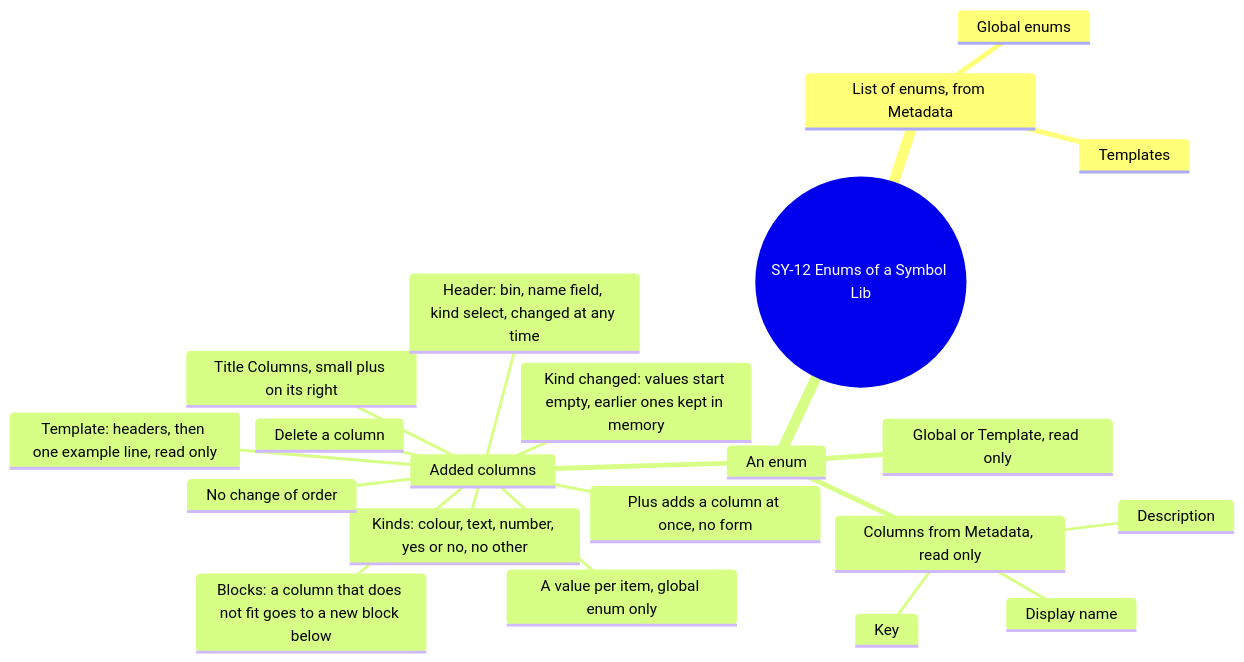
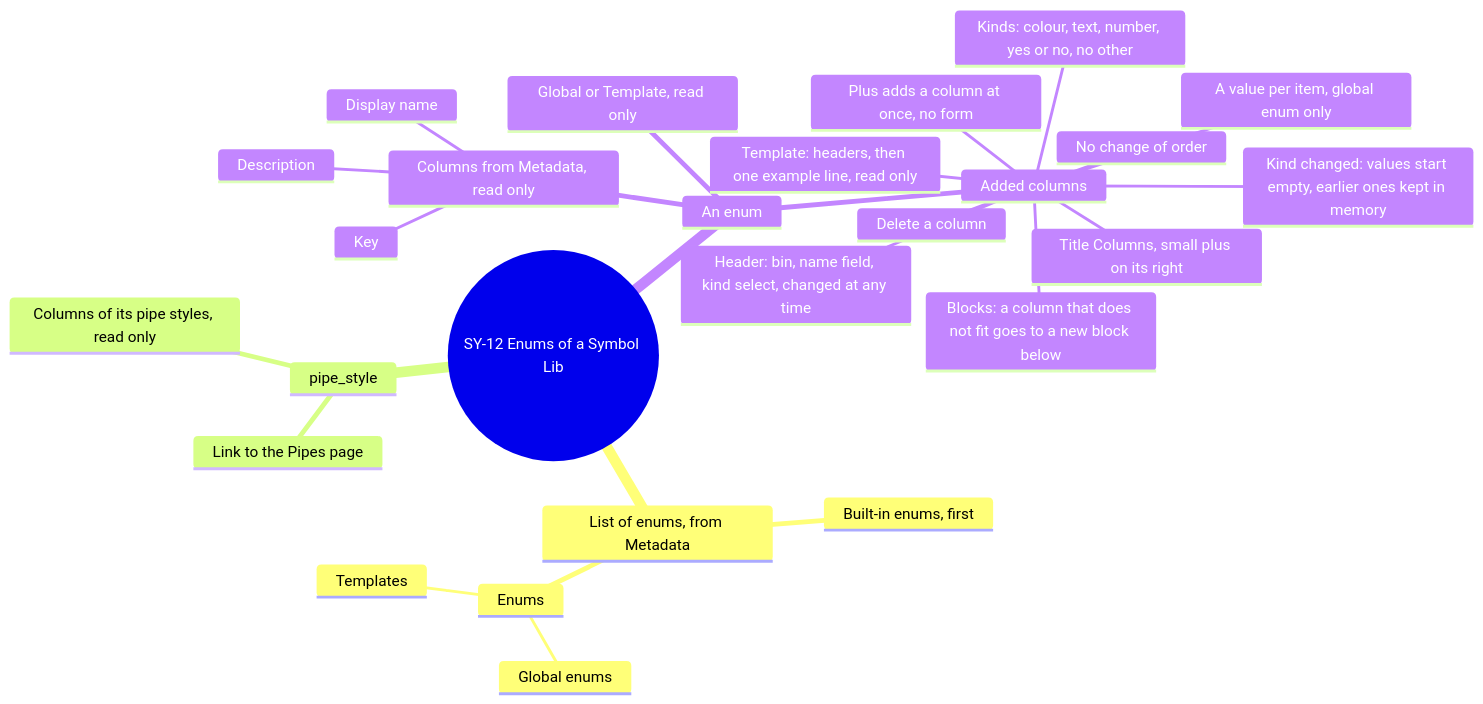
One commit to AlexandreGallais/synoptic-studio-spec changed diagram 16 of 16 in screens/symbols.md. Above: the diagram before and after it, drawn with Mermaid. The commit also changed other lines of this file and 9 other files, not shown here.

````diff
--- a/screens/symbols.md
+++ b/screens/symbols.md
@@ -689,24 +689,29 @@
 ```mermaid
 mindmap
   root((SY-12 Enums of a Symbol Lib))
     List of enums, from Metadata
-      Global enums
-      Templates
+      Built-in enums, first
+      Enums
+        Global enums
+        Templates
+    pipe_style
+      Columns of its pipe styles, read only
+      Link to the Pipes page
     An enum
       Columns from Metadata, read only
         Key
         Display name
         Description
       Global or Template, read only
       Added columns
         Title Columns, small plus on its right
         Plus adds a column at once, no form
         Header: bin, name field, kind select, changed at any time
         Kinds: colour, text, number, yes or no, no other
         Kind changed: values start empty, earlier ones kept in memory
         Blocks: a column that does not fit goes to a new block below
         A value per item, global enum only
         Template: headers, then one example line, read only
         Delete a column
         No change of order
 ```
````
